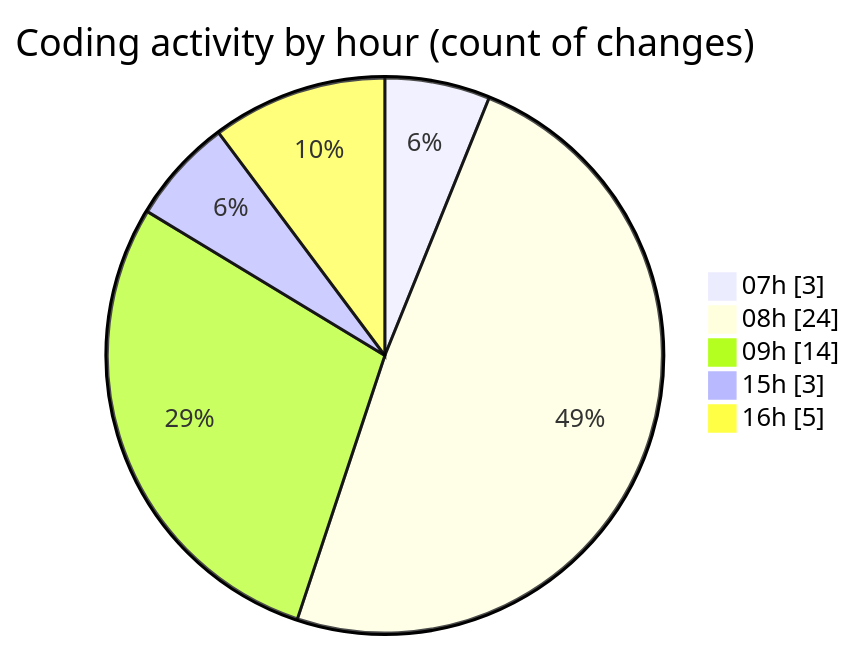
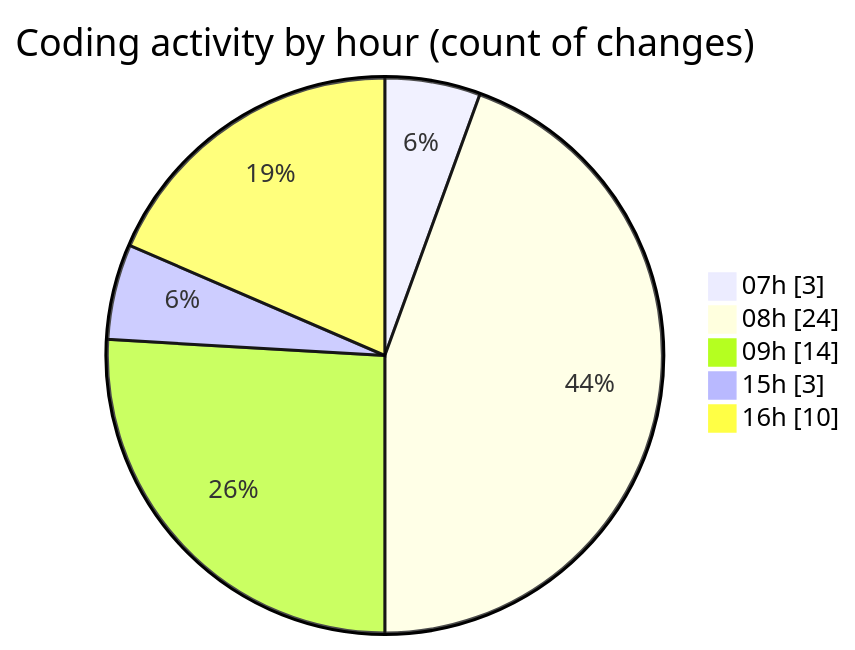
The second of 2 diagrams in 2025-05-07/myws__workspace_/README.md (MatusMokan/code-tracking), drawn with Mermaid before and after one commit. The commit also changed other lines of this file and 1 other file, not shown here.

````diff
--- a/2025-05-07/myws__workspace_/README.md
+++ b/2025-05-07/myws__workspace_/README.md
@@ -30,9 +30,9 @@
 ```mermaid
 pie showData
 title Coding activity by hour (count of changes)
 "07h" : 3
 "08h" : 24
 "09h" : 14
 "15h" : 3
-"16h" : 5
+"16h" : 10
 ```
````
